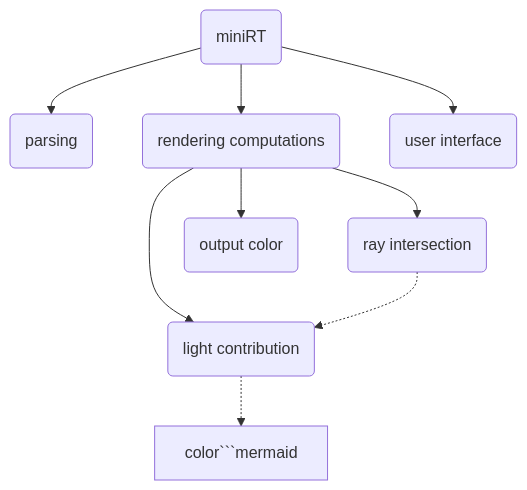
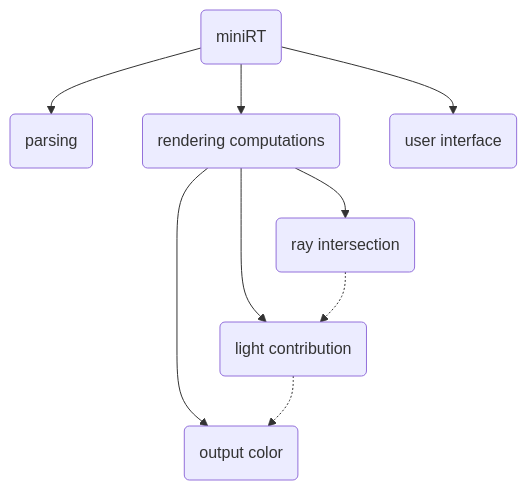
One commit to GermainToubol/miniRT changed the diagram in README.md. Above: the diagram before and after it, drawn with Mermaid.

Commit message:
graph correction in readme

````diff
--- a/README.md
+++ b/README.md
@@ -33,10 +33,10 @@
 ``` mermaid
 flowchart TB
    prog(miniRT)-->parse(parsing)
    prog-->render(rendering computations)
    prog-->gui(user interface)
    render-->inter(ray intersection)
    render-->light(light contribution)
    render-->color(output color)
-   inter-.->light-.->color```mermaid
+   inter-.->light-.->color
 ```
````
